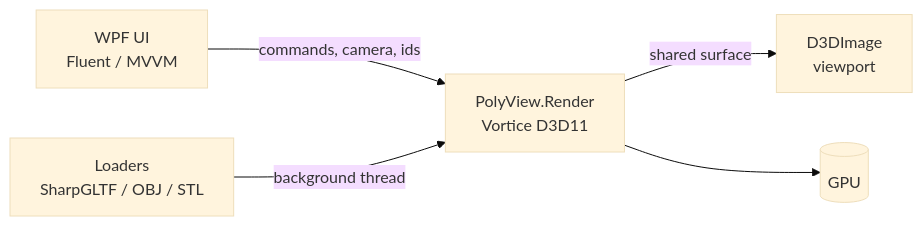
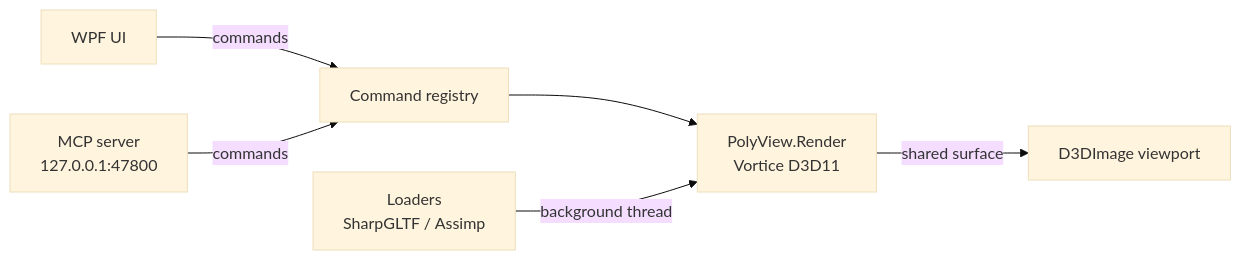
One commit to EthanCole19960929/PolyView changed the diagram in README.md. Above: the diagram before and after it, drawn with Mermaid (base theme). The commit also changed other lines of this file, not shown here.

Commit message:
[program] Restructure README: brief MCP mention in intro, dedicated AI Integration section

````diff
--- a/README.md
+++ b/README.md
@@ -96,7 +158,8 @@
 ```mermaid
 flowchart LR
-    A[WPF UI<br/>Fluent / MVVM] -->|commands, camera, ids| B[PolyView.Render<br/>Vortice D3D11]
-    B -->|shared surface| C[D3DImage<br/>viewport]
-    D[Loaders<br/>SharpGLTF / OBJ / STL] -->|background thread| B
-    B --> E[(GPU)]
+    A[WPF UI] -->|commands| R[Command registry]
+    M[MCP server<br/>127.0.0.1:47800] -->|commands| R
+    R --> B[PolyView.Render<br/>Vortice D3D11]
+    B -->|shared surface| C[D3DImage viewport]
+    D[Loaders<br/>SharpGLTF / Assimp] -->|background thread| B
 ```
````
